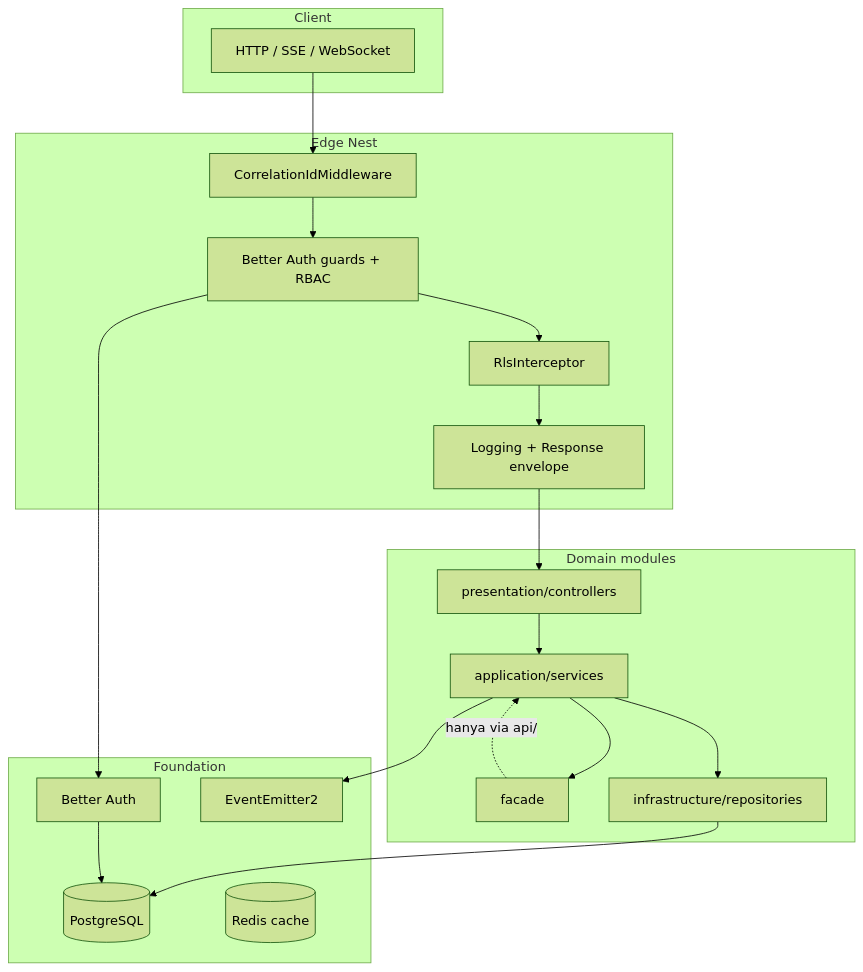
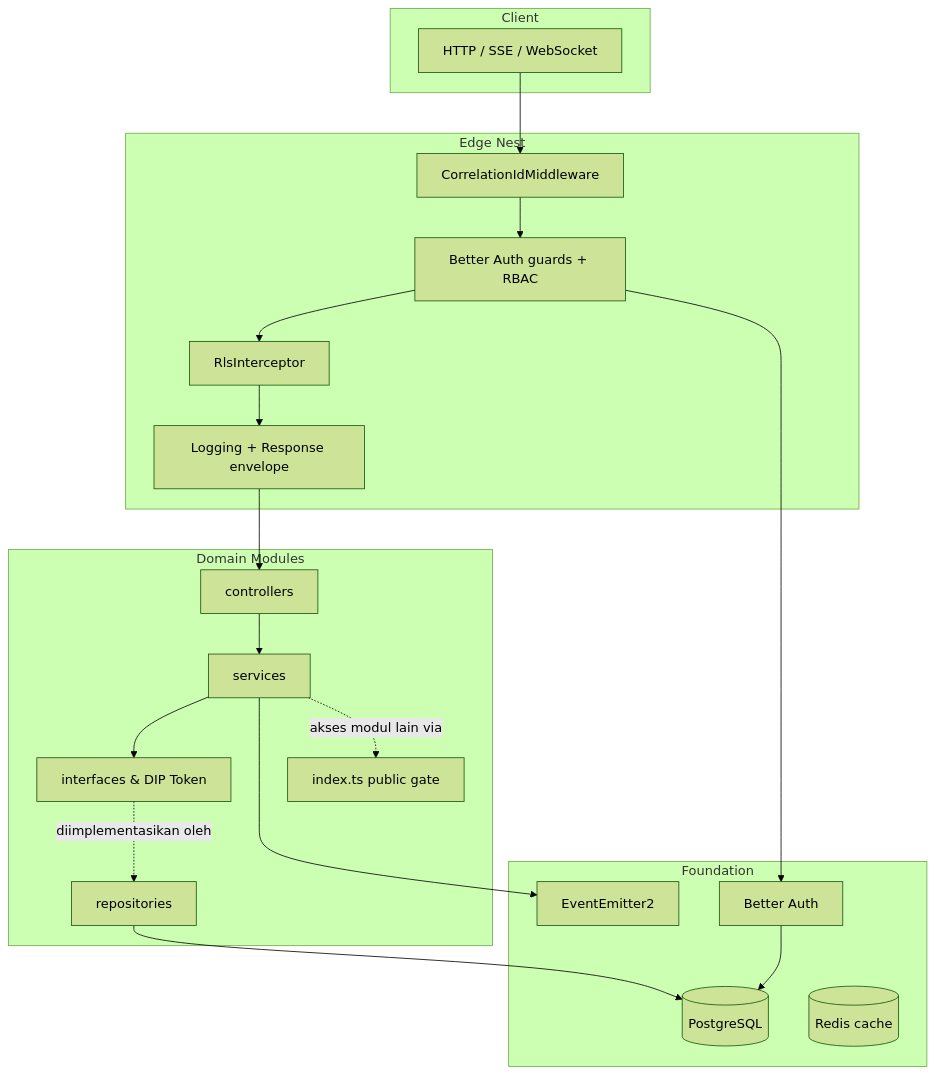
One commit to amirmufiddev/nestjs-modular-monolith-better-auth-boilerplate changed the first of 3 diagrams in docs/architecture.md. Above: the diagram before and after it, drawn with Mermaid (forest theme). The commit also changed other lines of this file and 10 other files, not shown here.

Commit message:
docs: update architecture guidelines and rules for modular solid boilerplate

````diff
--- a/docs/architecture.md
+++ b/docs/architecture.md
@@ -23,36 +23,38 @@
 ```mermaid
 flowchart TB
   subgraph client [Client]
     HTTP[HTTP / SSE / WebSocket]
   end
 
   subgraph edge [Edge Nest]
     MW[CorrelationIdMiddleware]
     Guards[Better Auth guards + RBAC]
     RLS[RlsInterceptor]
     INT[Logging + Response envelope]
   end
 
-  subgraph modules [Domain modules]
-    PRES[presentation/controllers]
-    APP[application/services]
-    FAC[facade]
-    INF[infrastructure/repositories]
+  subgraph modules [Domain Modules]
+    CTRL[controllers]
+    SRV[services]
+    REPO[repositories]
+    INTF[interfaces & DIP Token]
+    GATE[index.ts public gate]
   end
 
   subgraph foundation [Foundation]
     DB[(PostgreSQL)]
     Redis[(Redis cache)]
     Auth[Better Auth]
     Events[EventEmitter2]
   end
 
-  HTTP --> MW --> Guards --> RLS --> INT --> PRES
-  PRES --> APP --> INF
-  APP --> FAC
-  FAC -.->|hanya via api/| APP
-  INF --> DB
+  HTTP --> MW --> Guards --> RLS --> INT --> CTRL
+  CTRL --> SRV
+  SRV --> INTF
+  INTF -.->|diimplementasikan oleh| REPO
+  REPO --> DB
+  SRV --> Events
+  SRV -.->|akses modul lain via| GATE
   Guards --> Auth
-  APP --> Events
   Auth --> DB
 ```
````
